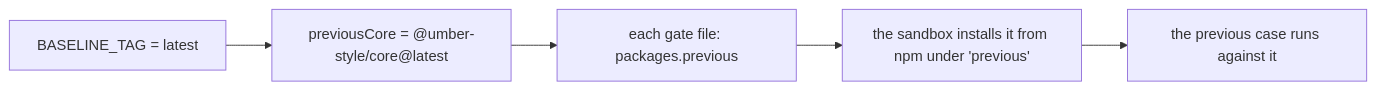
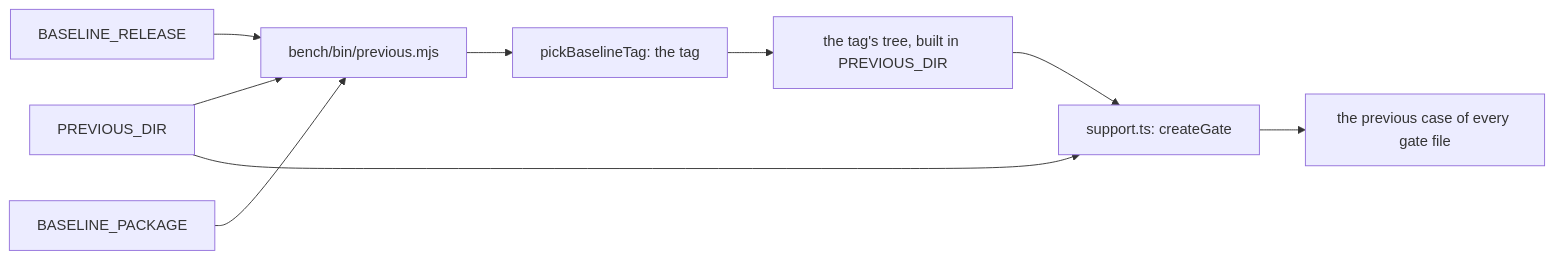
The diagram in bench/gate/baseline.md (soroush-tech/umber-style), drawn with Mermaid before and after one commit. The commit also changed other lines of this file and 56 other files, not shown here.

Commit message:
test(bench): the gate compares the build with the last release built from its tag, a report after each release compares published versions, and the scenarios of trees, hydration, options and memory are measured - #32

````diff
--- a/bench/gate/baseline.md
+++ b/bench/gate/baseline.md
@@ -18,7 +23,11 @@
 ```mermaid
 flowchart LR
-  tag["BASELINE_TAG = latest"] --> spec["previousCore = @umber-style/core@latest"]
-  spec --> gate["each gate file: packages.previous"]
-  gate --> sandbox["the sandbox installs it from npm under 'previous'"]
-  sandbox --> cases["the previous case runs against it"]
+  release["BASELINE_RELEASE"] --> previous["bench/bin/previous.mjs"]
+  name["BASELINE_PACKAGE"] --> previous
+  dir["PREVIOUS_DIR"] --> previous
+  previous --> pick["pickBaselineTag: the tag"]
+  pick --> build["the tag's tree, built in PREVIOUS_DIR"]
+  dir --> support["support.ts: createGate"]
+  build --> support
+  support --> cases["the previous case of every gate file"]
 ```
````
